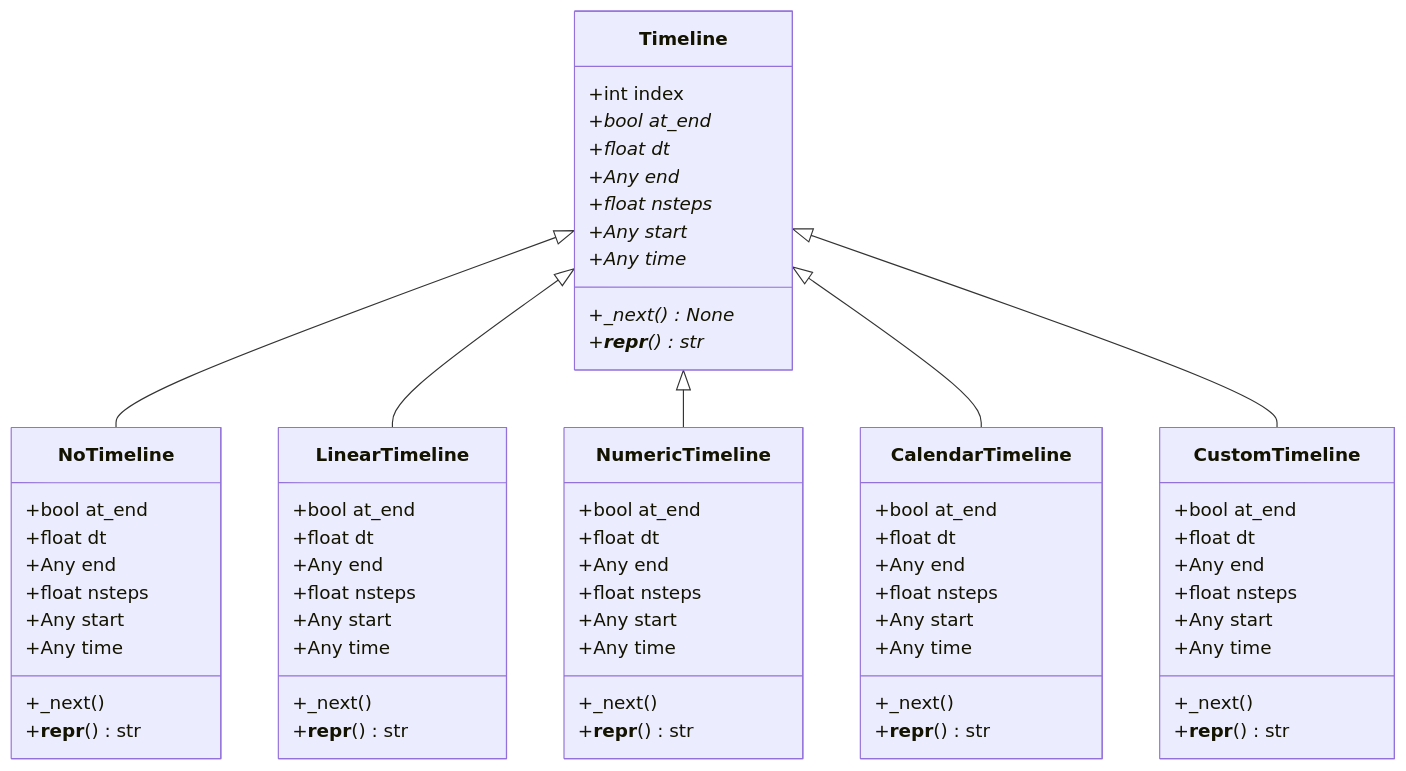
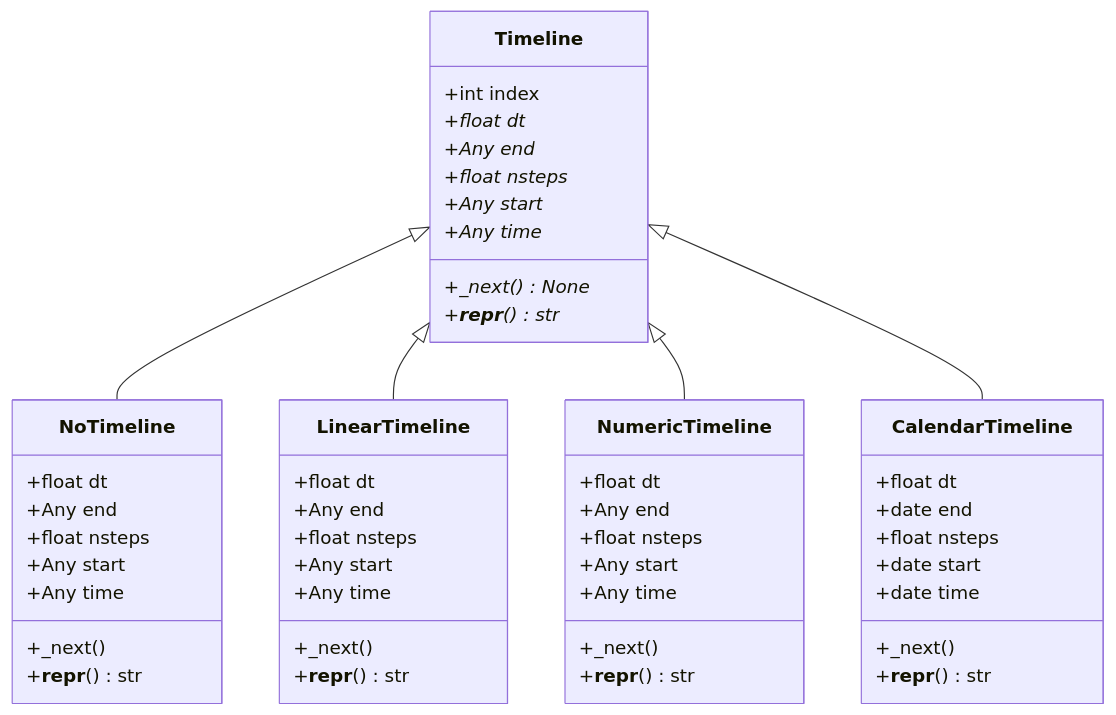
Before and after one commit to virgesmith/neworder: the diagram in docs/overview.md, drawn with Mermaid. The commit also changed other lines of this file and 13 other files, not shown here.

Commit message:
timeline refactor

````diff
--- a/docs/overview.md
+++ b/docs/overview.md
@@ -40,75 +40,58 @@
 ``` mermaid
 classDiagram
   Timeline <|-- NoTimeline
   Timeline <|-- LinearTimeline
   Timeline <|-- NumericTimeline
   Timeline <|-- CalendarTimeline
-  Timeline <|-- CustomTimeline
 
   class Timeline {
     +int index
-    +bool at_end*
     +float dt*
     +Any end*
     +float nsteps*
     +Any start*
     +Any time*
     +_next() None*
     +__repr__() str*
   }
 
   class NoTimeline {
-    +bool at_end
     +float dt
     +Any end
     +float nsteps
     +Any start
     +Any time
     +_next()
     +__repr__() str
   }
 
   class LinearTimeline {
-    +bool at_end
     +float dt
     +Any end
     +float nsteps
     +Any start
     +Any time
     +_next()
     +__repr__() str
   }
 
   class NumericTimeline {
-    +bool at_end
     +float dt
     +Any end
     +float nsteps
     +Any start
     +Any time
     +_next()
     +__repr__() str
   }
 
   class CalendarTimeline {
-    +bool at_end
     +float dt
-    +Any end
+    +date end
     +float nsteps
-    +Any start
-    +Any time
-    +_next()
-    +__repr__() str
-  }
-
-  class CustomTimeline {
-    +bool at_end
-    +float dt
-    +Any end
-    +float nsteps
-    +Any start
-    +Any time
+    +date start
+    +date time
     +_next()
     +__repr__() str
   }
 ```
````
